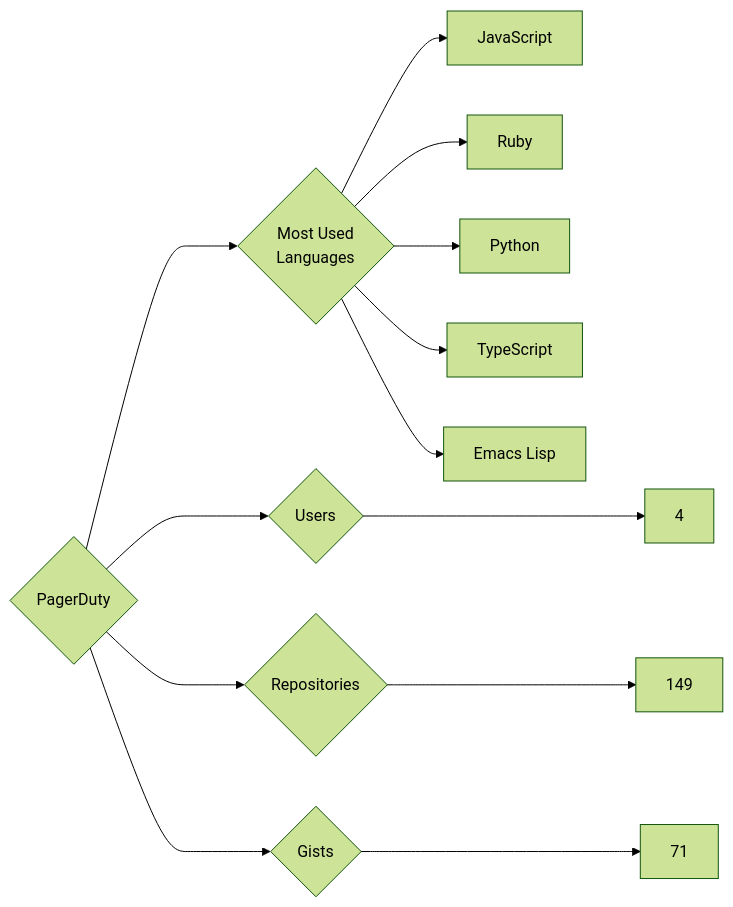
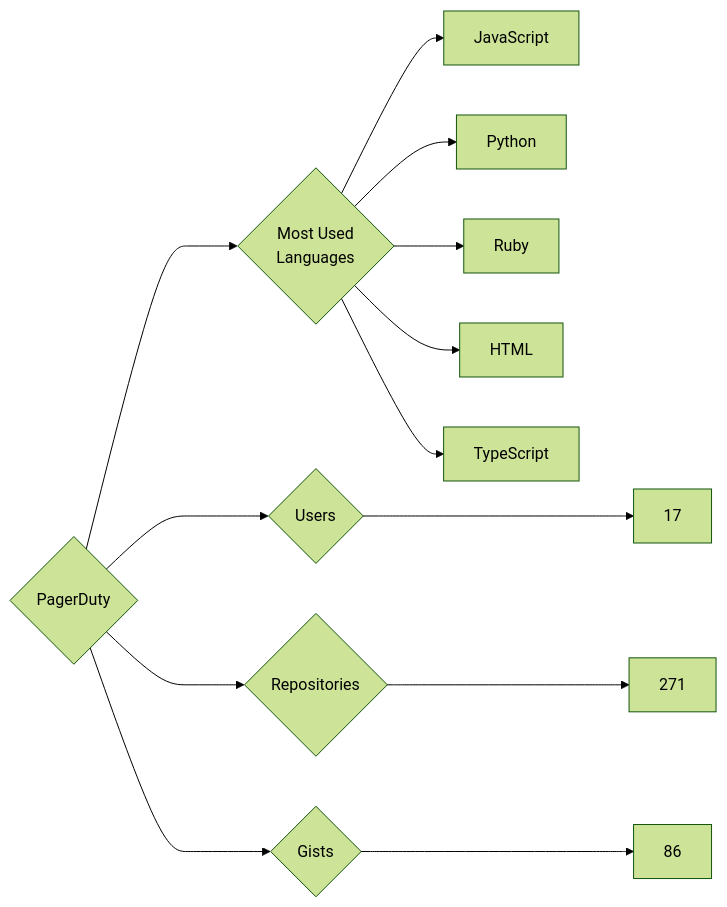
Before and after one commit to trickest/insiders: the diagram in targets/PagerDuty/README.md, drawn with Mermaid (forest theme). The commit also changed 878 other files, not shown here.

````diff
--- a/targets/PagerDuty/README.md
+++ b/targets/PagerDuty/README.md
@@ -3,13 +3,13 @@
 ```mermaid
 graph LR
 COMPANY_NAME{PagerDuty}
-COMPANY_NAME ---> U{Users} ---> UN[4]
-COMPANY_NAME ---> R{Repositories} ---> RN[149]
-COMPANY_NAME ---> G{Gists} ---> GN[71]
+COMPANY_NAME ---> U{Users} ---> UN[17]
+COMPANY_NAME ---> R{Repositories} ---> RN[271]
+COMPANY_NAME ---> G{Gists} ---> GN[86]
 COMPANY_NAME ---> ML{Most Used<br>Languages}
 ML --> JavaScript[JavaScript]
+ML --> Python[Python]
 ML --> Ruby[Ruby]
-ML --> Python[Python]
+ML --> HTML[HTML]
 ML --> TypeScript[TypeScript]
-ML --> Emacs_Lisp[Emacs Lisp]
 ```
````
